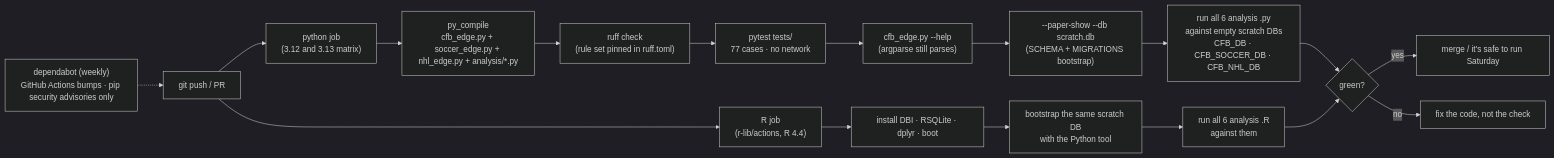
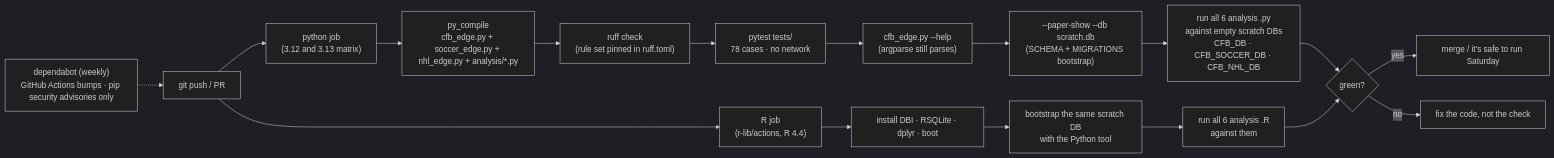
Diagram 12 of 26 in README.md (wbp318/cfb_pro_soccer_2026), drawn with Mermaid (dark theme) before and after one commit. The commit also changed other lines of this file and 3 other files, not shown here.

Commit message:
Docs: just-win board in README diagrams and signal table, betting_guide, CLAUDE.md, CHANGELOG

````diff
--- a/README.md
+++ b/README.md
@@ -719,18 +720,18 @@
 ```mermaid
 flowchart LR
     PUSH["git push / PR"] --> PY["python job\n(3.12 and 3.13 matrix)"]
     PUSH --> RJ["R job\n(r-lib/actions, R 4.4)"]
     PY --> P1["py_compile\ncfb_edge.py + soccer_edge.py + nhl_edge.py + analysis/*.py"]
     P1 --> P2["ruff check\n(rule set pinned in ruff.toml)"]
-    P2 --> PT["pytest tests/\n77 cases · no network"]
+    P2 --> PT["pytest tests/\n78 cases · no network"]
     PT --> P3["cfb_edge.py --help\n(argparse still parses)"]
     P3 --> P4["--paper-show --db scratch.db\n(SCHEMA + MIGRATIONS bootstrap)"]
     P4 --> P5["run all 6 analysis .py\nagainst empty scratch DBs\nCFB_DB · CFB_SOCCER_DB · CFB_NHL_DB"]
     RJ --> R1["install DBI · RSQLite · dplyr · boot"]
     R1 --> R2["bootstrap the same scratch DB\nwith the Python tool"]
     R2 --> R3["run all 6 analysis .R\nagainst them"]
     P5 & R3 --> OK{"green?"}
     OK -- yes --> M["merge / it's safe to run Saturday"]
     OK -- no --> FIX["fix the code, not the check"]
     DEP["dependabot (weekly)\nGitHub Actions bumps · pip security advisories only"] -.-> PUSH
 ```
````
